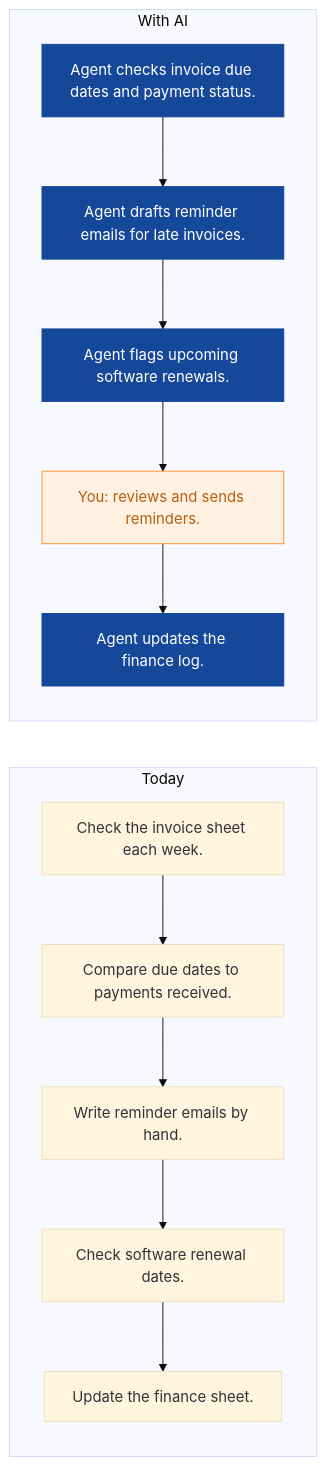
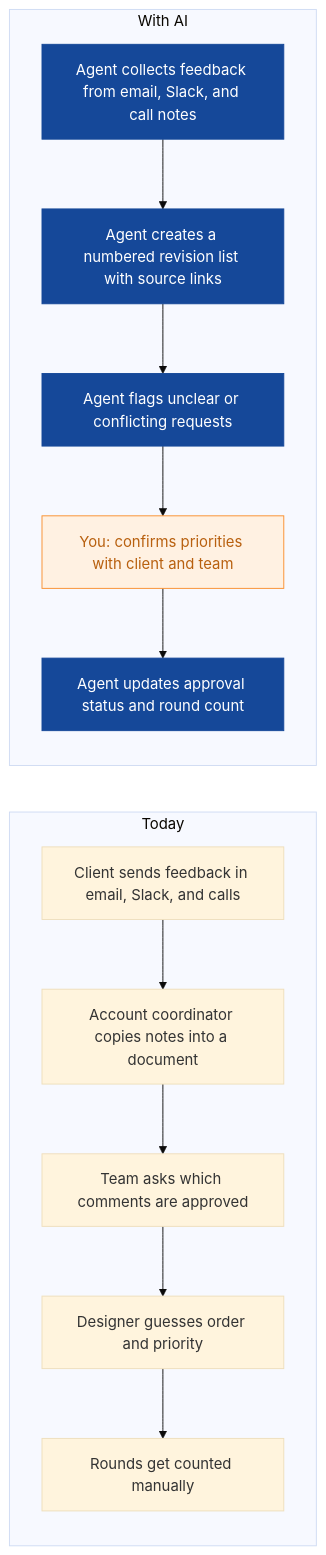
One commit to nexibeo/Complete-AI-Strategy changed the sixth of 8 diagrams in strategies/pixelhive-studio.md. Above: the diagram before and after it, drawn with Mermaid (base theme). The commit also changed other lines of this file and 26 other files, not shown here.

````diff
--- a/strategies/pixelhive-studio.md
+++ b/strategies/pixelhive-studio.md
@@ -223,23 +197,23 @@
 ```mermaid
 flowchart LR
   subgraph Today
-    B0["Check the invoice sheet each week."]
-    B1["Compare due dates to payments received."]
-    B2["Write reminder emails by hand."]
-    B3["Check software renewal dates."]
-    B4["Update the finance sheet."]
+    B0["Client sends feedback in email, Slack, and calls"]
+    B1["Account coordinator copies notes into a document"]
+    B2["Team asks which comments are approved"]
+    B3["Designer guesses order and priority"]
+    B4["Rounds get counted manually"]
     B0 --> B1 --> B2 --> B3 --> B4
   end
   subgraph WithAI[With AI]
-    A0["Agent checks invoice due dates and payment status."]
-    A1["Agent drafts reminder emails for late invoices."]
-    A2["Agent flags upcoming software renewals."]
-    A3["You: reviews and sends reminders."]
-    A4["Agent updates the finance log."]
+    A0["Agent collects feedback from email, Slack, and call notes"]
+    A1["Agent creates a numbered revision list with source links"]
+    A2["Agent flags unclear or conflicting requests"]
+    A3["You: confirms priorities with client and team"]
+    A4["Agent updates approval status and round count"]
     A0 --> A1 --> A2 --> A3 --> A4
   end
   classDef ai fill:#154899,color:#fff,stroke:#154899
   classDef human fill:#FFF1E2,color:#B8600F,stroke:#F98F2C
   class A0,A1,A2,A4 ai
   class A3 human
 ```
````
